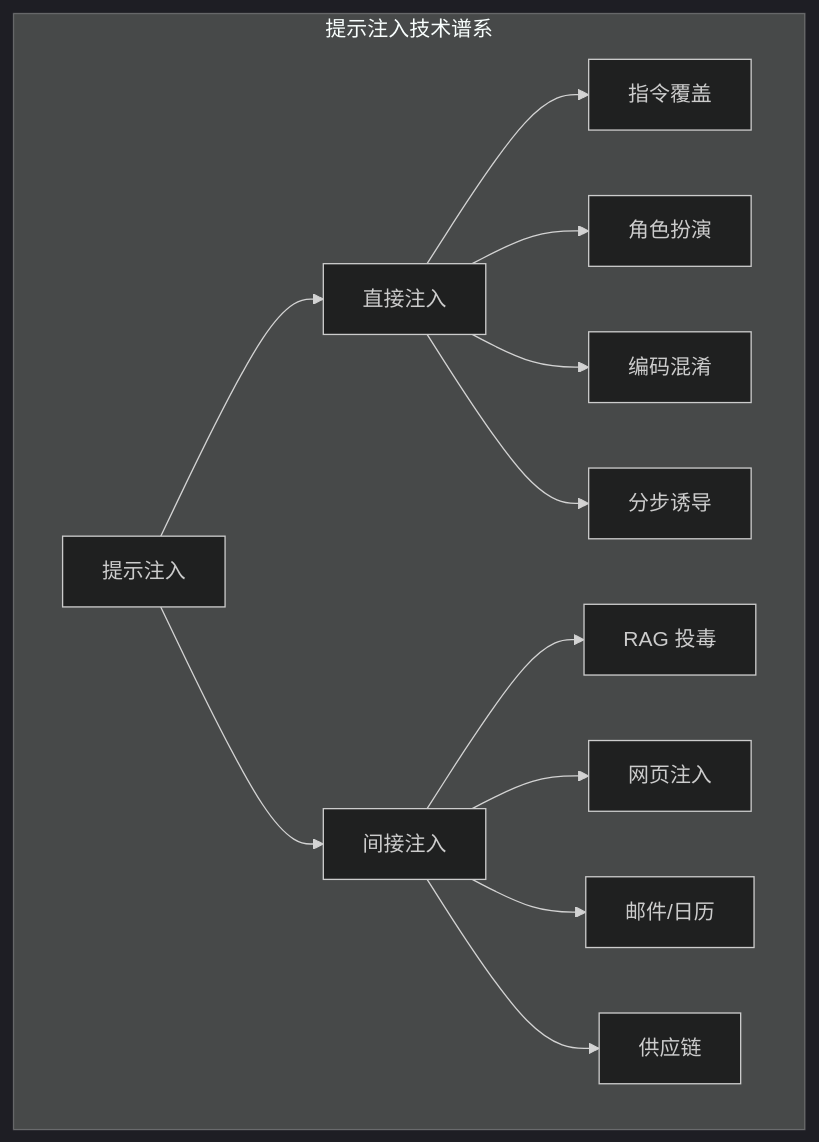
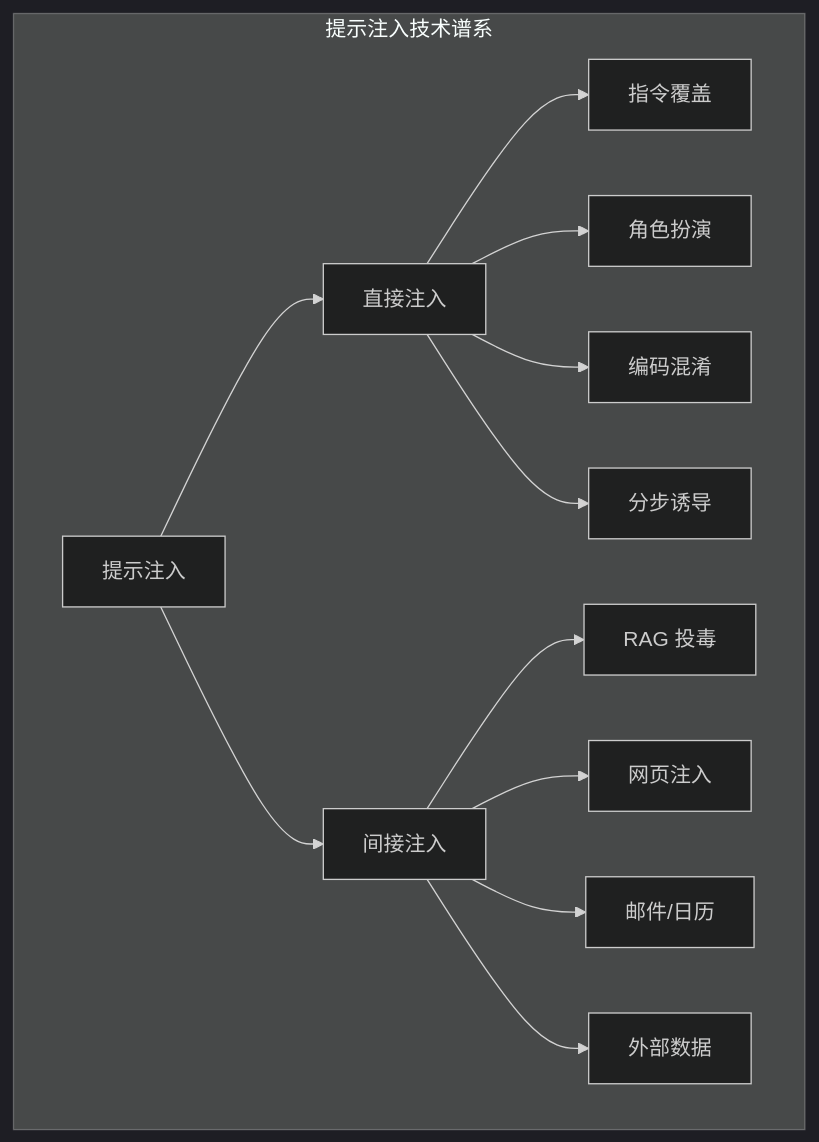
One commit to yeasy/ai_security_guide changed the diagram in 04_prompt_injection/summary.md. Above: the diagram before and after it, drawn with Mermaid (dark theme). The commit also changed other lines of this file and 19 other files, not shown here.

````diff
--- a/04_prompt_injection/summary.md
+++ b/04_prompt_injection/summary.md
@@ -17,17 +19,17 @@
 ```mermaid
 graph TB
     subgraph "提示注入技术谱系"
     A["提示注入"] --> B["直接注入"]
     A --> C["间接注入"]
 
     B --> B1["指令覆盖"]
     B --> B2["角色扮演"]
     B --> B3["编码混淆"]
     B --> B4["分步诱导"]
 
     C --> C1["RAG 投毒"]
     C --> C2["网页注入"]
     C --> C3["邮件/日历"]
-    C --> C4["供应链"]
+    C --> C4["外部数据"]
     end
 ```
````
